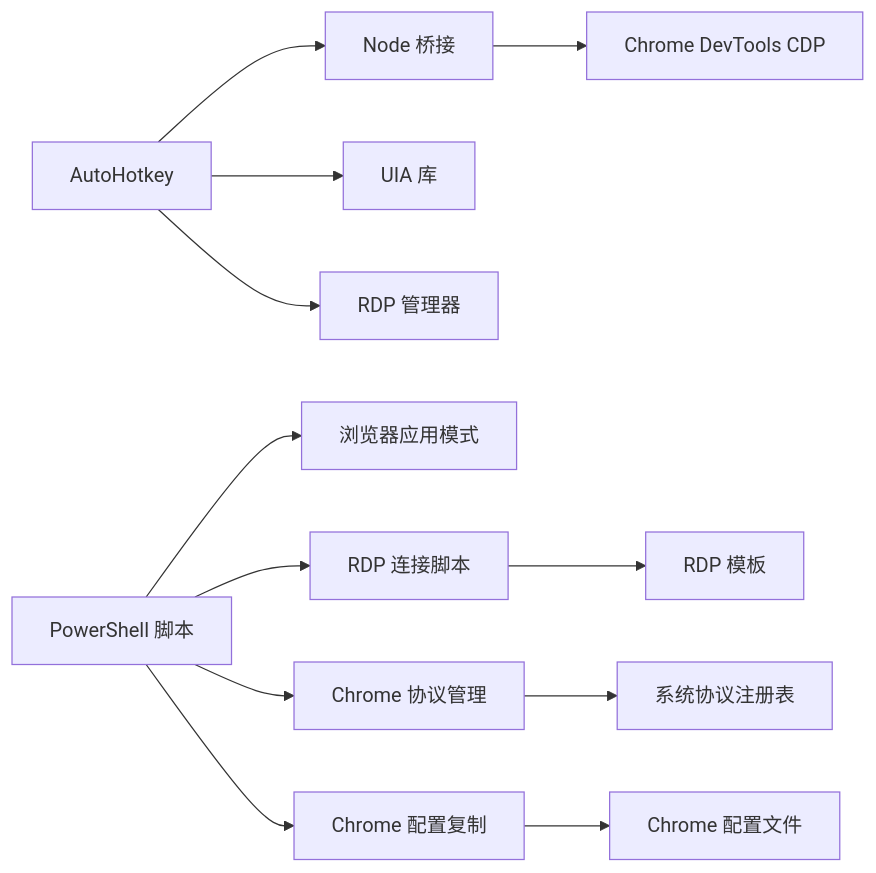
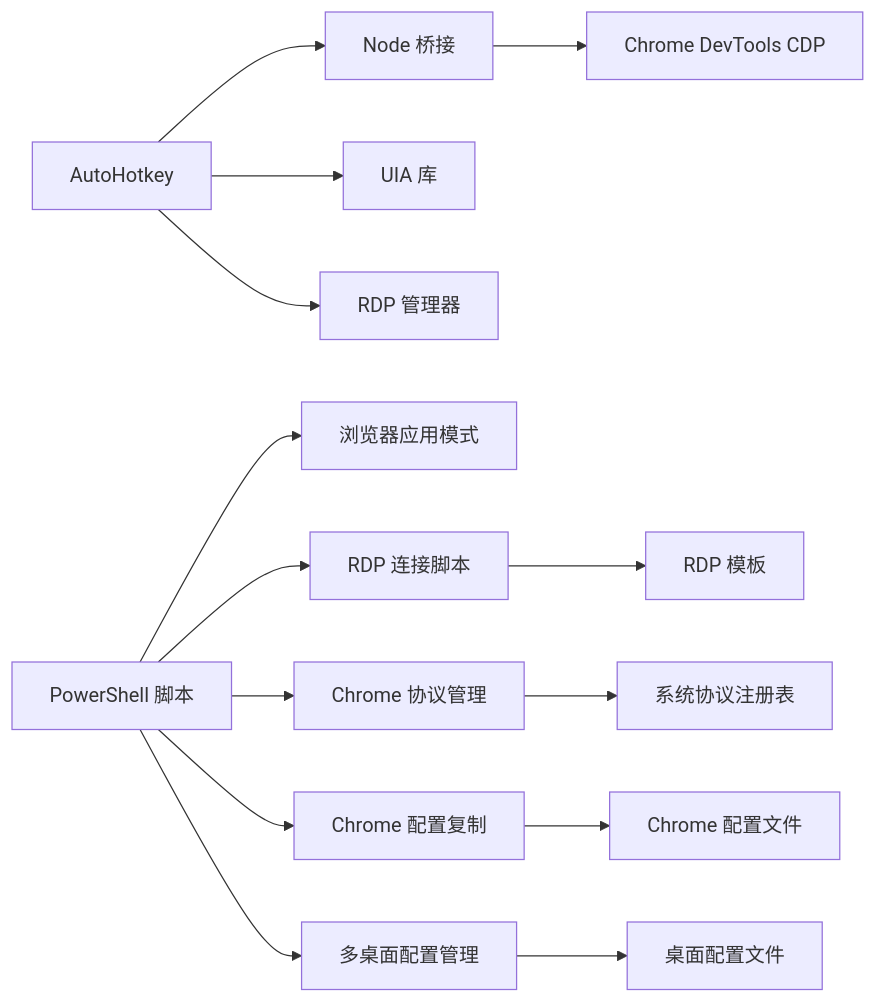
Before and after one commit to wangys-123doit/hotkey: the tenth of 10 diagrams in .qoder/repowiki/zh/content/外部工具集成/外部工具集成.md, drawn with Mermaid. The commit also changed other lines of this file and 21 other files, not shown here.

````diff
--- a/.qoder/repowiki/zh/content/外部工具集成/外部工具集成.md
+++ b/.qoder/repowiki/zh/content/外部工具集成/外部工具集成.md
@@ -425,14 +487,16 @@
 ```mermaid
 graph LR
 Node["Node 桥接"] --> CDP["Chrome DevTools CDP"]
 AHK["AutoHotkey"] --> Node
 AHK --> UIA["UIA 库"]
 AHK --> RDP["RDP 管理器"]
 PS["PowerShell 脚本"] --> Browser["浏览器应用模式"]
 PS --> RDPConn["RDP 连接脚本"]
 PS --> ChromeProto["Chrome 协议管理"]
 PS --> ChromeCopy["Chrome 配置复制"]
+PS --> MultiDesktop["多桌面配置管理"]
 RDPConn --> RDPFile["RDP 模板"]
 ChromeProto --> SystemReg["系统协议注册表"]
 ChromeCopy --> ChromeProfiles["Chrome 配置文件"]
+MultiDesktop --> DesktopProfiles["桌面配置文件"]
 ```
````
